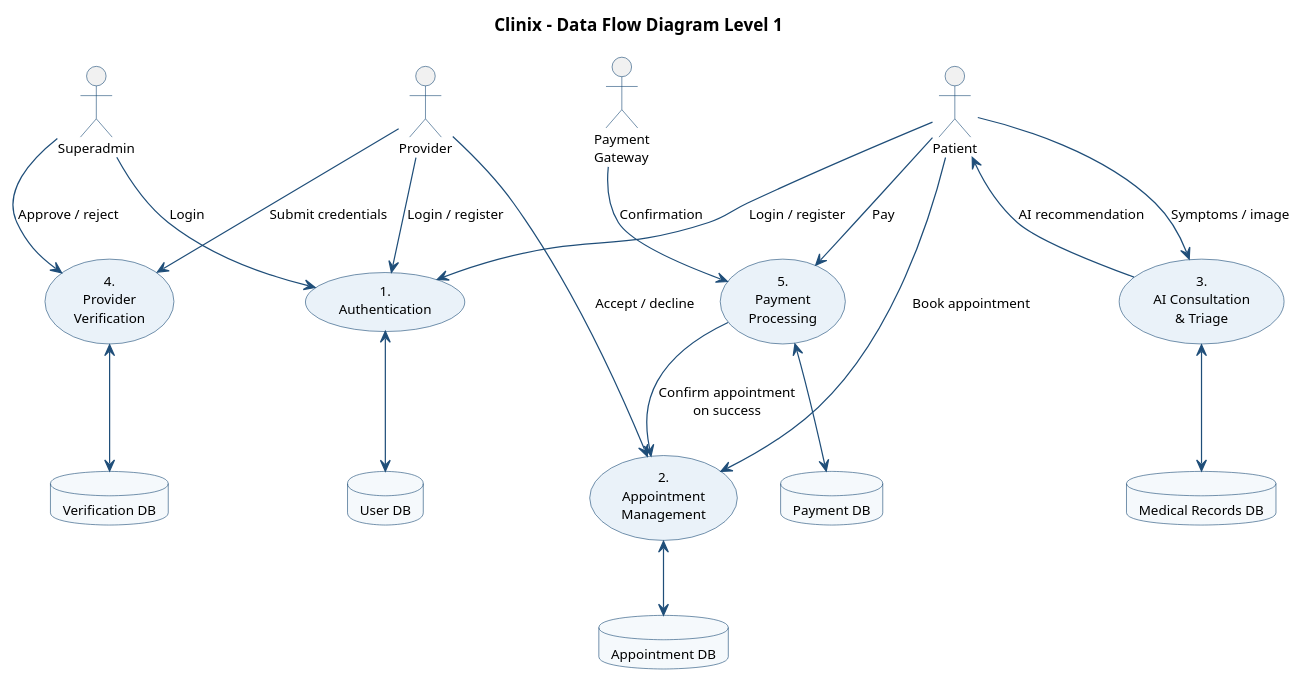
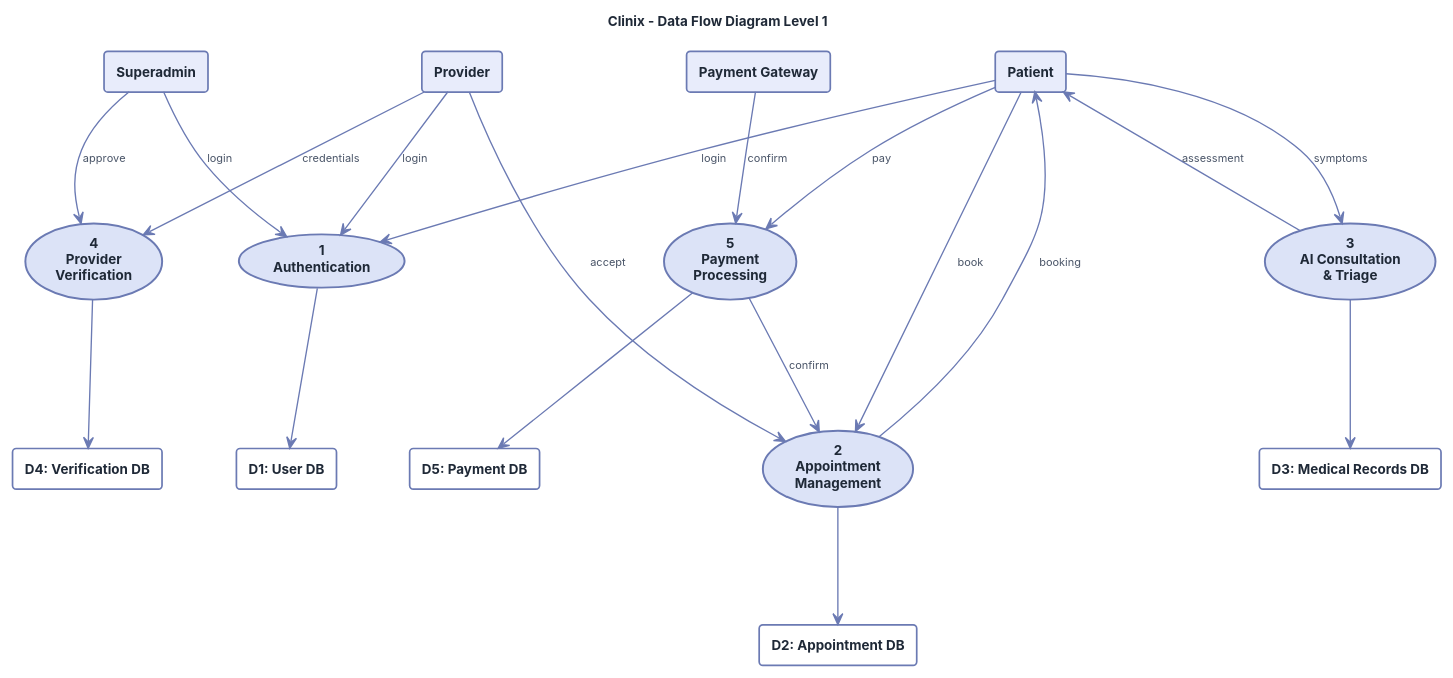
Before and after one commit to Perry-Bradley/clinix: the diagram in report/figures/plantuml/02_dfd_level1.puml, drawn with PlantUML. The commit also changed 48 other files, not shown here.

```diff
--- a/report/figures/plantuml/02_dfd_level1.puml
+++ b/report/figures/plantuml/02_dfd_level1.puml
@@ -1,60 +1,95 @@
 @startuml dfd_level1
 ' --------------------------------------------------------------
-' DFD Level 1 - decomposition into the four major processes
-' Figure 3.1 in the BTech report
+' DFD Level 1 - decomposition into major processes
+' Yourdon/DeMarco notation, no stick-figure actors.
+' Lavender styling to match the standard textbook look.
 ' --------------------------------------------------------------
 title Clinix - Data Flow Diagram Level 1
 
-skinparam backgroundColor #FFFFFF
-skinparam shadowing false
-skinparam defaultFontName "Inter, Helvetica, sans-serif"
-skinparam defaultFontSize 11
-skinparam ArrowColor #1F4E79
-skinparam ActorBorderColor #1F4E79
-skinparam UsecaseBorderColor #1F4E79
-skinparam UsecaseBackgroundColor #EAF2F9
-skinparam DatabaseBorderColor #1F4E79
-skinparam DatabaseBackgroundColor #F5F9FC
+<style>
+root {
+  BackgroundColor #FFFFFF
+  FontName        "Inter, Helvetica, sans-serif"
+  FontSize        11
+  FontColor       #1F2937
+}
+rectangle {
+  BackgroundColor #E8ECFB
+  LineColor       #6B7AB3
+  LineThickness   1.4
+  FontStyle       bold
+  FontColor       #1F2937
+  RoundCorner     6
+  Padding         8
+  Margin          10
+}
+usecase {
+  BackgroundColor #DCE3F7
+  LineColor       #6B7AB3
+  LineThickness   1.6
+  FontStyle       bold
+  FontSize        11
+  FontColor       #1F2937
+  Padding         10
+  Margin          14
+}
+arrow {
+  LineColor       #6B7AB3
+  LineThickness   1.1
+  FontColor       #4A5568
+  FontSize        9
+}
+</style>
 
-top to bottom direction
+skinparam Nodesep 60
+skinparam Ranksep 95
 
-actor "Patient"          as Patient
-actor "Provider"         as Provider
-actor "Superadmin"       as Admin
-actor "Payment\nGateway" as Gateway
+' ---- External entities (top row) ----
+rectangle "Patient"          as Patient
+rectangle "Provider"         as Provider
+rectangle "Superadmin"       as Admin
+rectangle "Payment Gateway"  as Gateway
 
-usecase "1.\nAuthentication" as P1
-usecase "2.\nAppointment\nManagement" as P2
-usecase "3.\nAI Consultation\n& Triage" as P3
-usecase "4.\nProvider\nVerification" as P4
-usecase "5.\nPayment\nProcessing" as P5
+' ---- Numbered processes (middle row) ----
+usecase "1\nAuthentication"            as P1
+usecase "2\nAppointment\nManagement"   as P2
+usecase "3\nAI Consultation\n& Triage" as P3
+usecase "4\nProvider\nVerification"    as P4
+usecase "5\nPayment\nProcessing"       as P5
 
-database "User DB"           as D1
-database "Appointment DB"    as D2
-database "Medical Records DB" as D3
-database "Verification DB"   as D4
-database "Payment DB"        as D5
+' ---- Data stores (bottom row) ----
+rectangle "D1: User DB"            as D1 #FFFFFF
+rectangle "D2: Appointment DB"     as D2 #FFFFFF
+rectangle "D3: Medical Records DB" as D3 #FFFFFF
+rectangle "D4: Verification DB"    as D4 #FFFFFF
+rectangle "D5: Payment DB"         as D5 #FFFFFF
 
-Patient  --> P1 : Login / register
-Provider --> P1 : Login / register
-Admin    --> P1 : Login
+' ---- Entity to process (short labels) ----
+Patient  --> P1 : login
+Patient  --> P3 : symptoms
+Patient  --> P2 : book
+Patient  --> P5 : pay
 
-P1 <--> D1
+Provider --> P1 : login
+Provider --> P4 : credentials
+Provider --> P2 : accept
 
-Patient  --> P3 : Symptoms / image
-P3 --> Patient  : AI recommendation
-P3 <--> D3
+Admin    --> P1 : login
+Admin    --> P4 : approve
 
-Patient  --> P2 : Book appointment
-Provider --> P2 : Accept / decline
-P2 <--> D2
+Gateway  --> P5 : confirm
 
-Provider --> P4 : Submit credentials
-Admin    --> P4 : Approve / reject
-P4 <--> D4
+' ---- Process responses to entity ----
+P3 --> Patient : assessment
+P2 --> Patient : booking
 
-Patient  --> P5 : Pay
-Gateway  --> P5 : Confirmation
-P5 <--> D5
-P5 --> P2 : Confirm appointment\non success
+' ---- Process to data store ----
+P1 --> D1
+P2 --> D2
+P3 --> D3
+P4 --> D4
+P5 --> D5
+
+' ---- Inter-process flow ----
+P5 --> P2 : confirm
 @enduml
```
